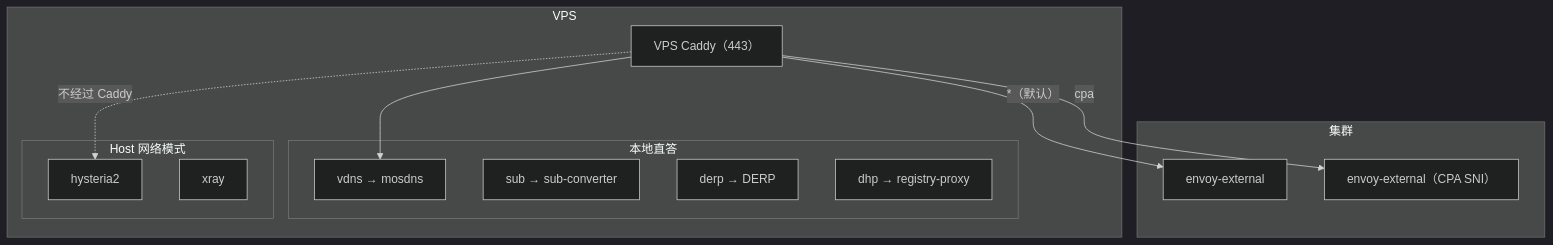
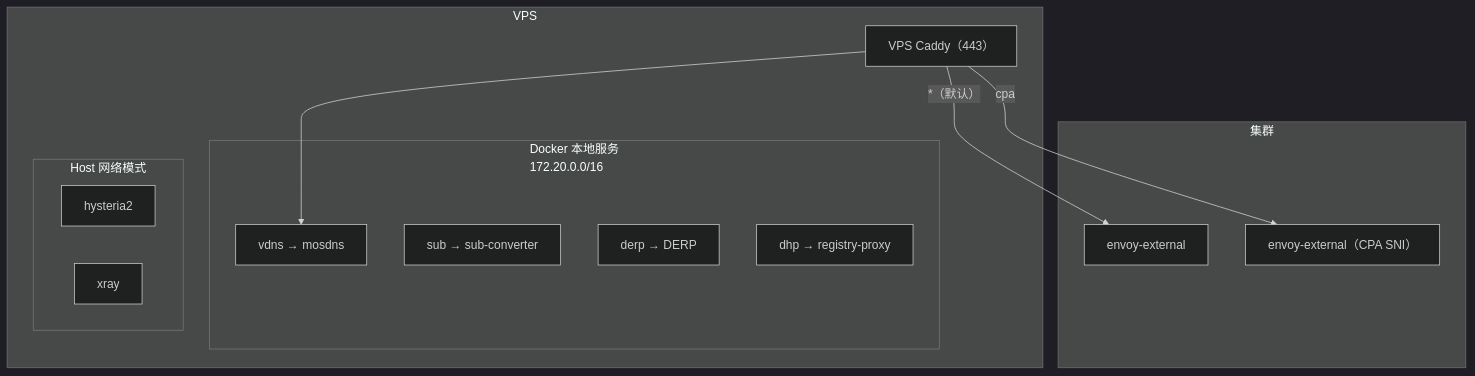
Before and after one commit to shelken/home-ops: the sixth of 8 diagrams in docs/ARCHITECTURE.md, drawn with Mermaid (dark theme). The commit also changed other lines of this file and 1 other file, not shown here.

First line of the commit message:
docs: 校准架构文档与历史架构图说明

````diff
--- a/docs/ARCHITECTURE.md
+++ b/docs/ARCHITECTURE.md
@@ -219,28 +230,27 @@
 ```mermaid
 graph TB
     subgraph VPS["VPS"]
         Caddy["VPS Caddy（443）"]
 
-        subgraph LOCAL["本地直答"]
+        subgraph LOCAL["Docker 本地服务<br/>172.20.0.0/16"]
             mosdns["vdns → mosdns"]
             subconv["sub → sub-converter"]
             derp["derp → DERP"]
             dhp["dhp → registry-proxy"]
         end
 
         subgraph HOST["Host 网络模式"]
             hysteria2["hysteria2"]
             xray["xray"]
         end
     end
 
     subgraph CLUSTER["集群"]
         Envoy["envoy-external"]
         Envoy_CPA["envoy-external（CPA SNI）"]
     end
 
     Caddy -->|"cpa"| Envoy_CPA
     Caddy -->|"*（默认）"| Envoy
     Caddy --> mosdns
-    Caddy -.->|"不经过 Caddy"| hysteria2
 ```
````
